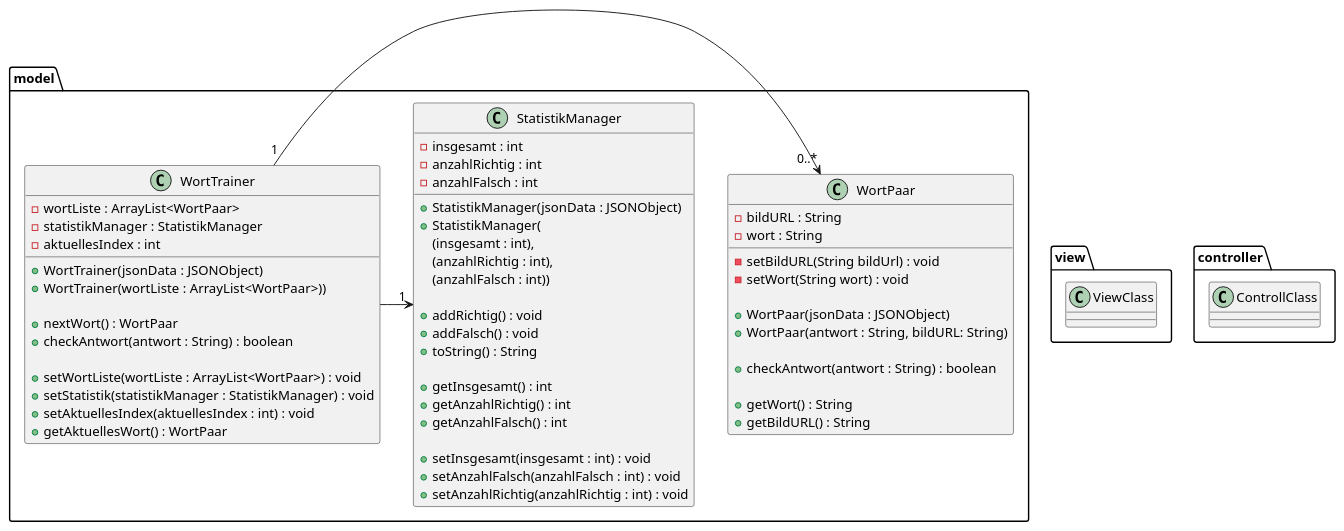
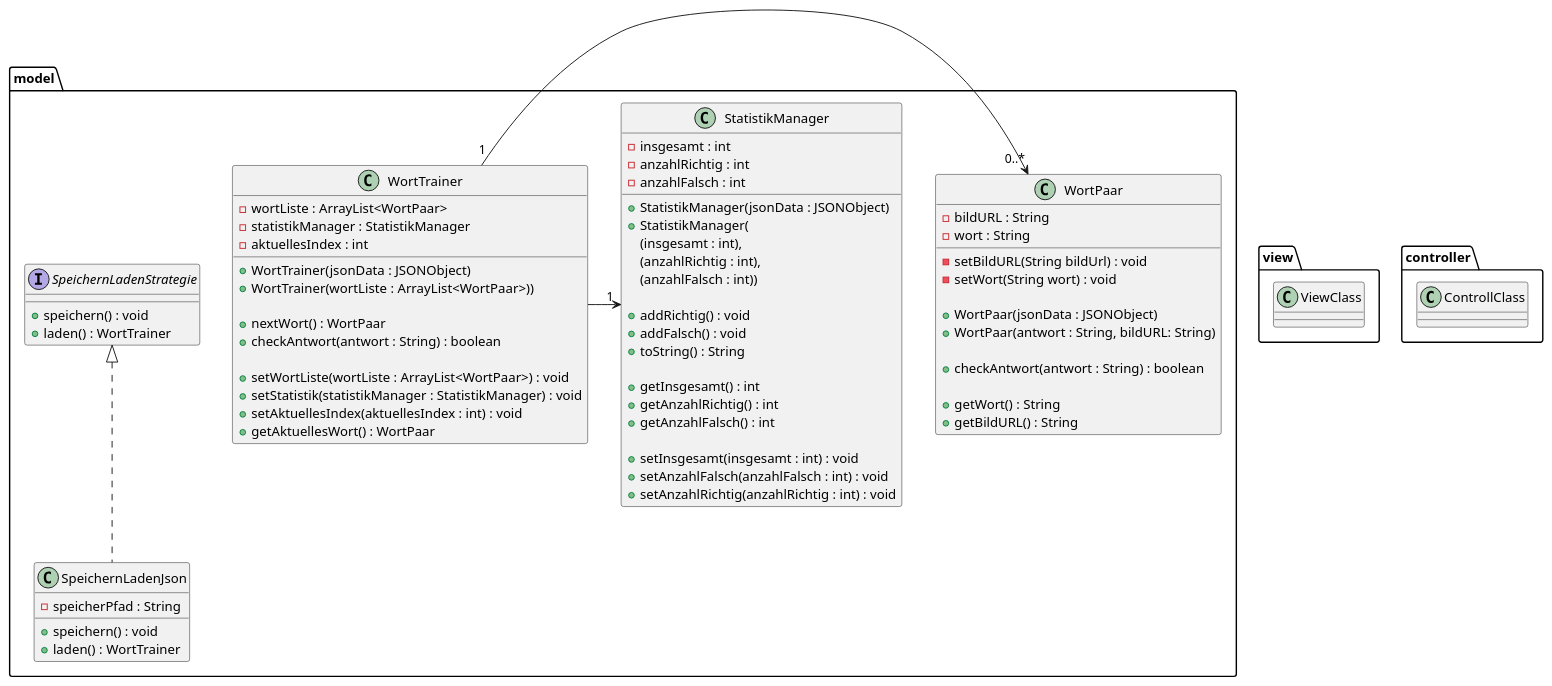
One commit to TGM-HIT/sew9-2425-worttrainer-aaabdulkarim changed the diagram in Worttrainer_UML.puml. Above: the diagram before and after it, drawn with PlantUML.

Commit message:
Design der Persistenz Funktion ausgearbeitet

```diff
--- a/Worttrainer_UML.puml
+++ b/Worttrainer_UML.puml
@@ -1,82 +1,93 @@
 @startuml
 'https://plantuml.com/class-diagram
 
 package model {
 
     class WortPaar {
         - bildURL : String
         - wort : String
 
         - setBildURL(String bildUrl) : void
         - setWort(String wort) : void
 
         + WortPaar(jsonData : JSONObject)
         + WortPaar(antwort : String, bildURL: String)
 
         + checkAntwort(antwort : String) : boolean
 
         + getWort() : String
         + getBildURL() : String
 
     }
 
     class WortTrainer {
         - wortListe : ArrayList<WortPaar>
         - statistikManager : StatistikManager
         - aktuellesIndex : int
 
         + WortTrainer(jsonData : JSONObject)
         + WortTrainer(wortListe : ArrayList<WortPaar>))
 
         + nextWort() : WortPaar
         + checkAntwort(antwort : String) : boolean
 
         + setWortListe(wortListe : ArrayList<WortPaar>) : void
         + setStatistik(statistikManager : StatistikManager) : void
         + setAktuellesIndex(aktuellesIndex : int) : void
         + getAktuellesWort() : WortPaar
     }
 
     class StatistikManager {
         - insgesamt : int
         - anzahlRichtig : int
         - anzahlFalsch : int
 
         + StatistikManager(jsonData : JSONObject)
         + StatistikManager(
         (insgesamt : int),
         (anzahlRichtig : int),
         (anzahlFalsch : int))
 
         + addRichtig() : void
         + addFalsch() : void
         + toString() : String
 
         + getInsgesamt() : int
         + getAnzahlRichtig() : int
         + getAnzahlFalsch() : int
 
         + setInsgesamt(insgesamt : int) : void
         + setAnzahlFalsch(anzahlFalsch : int) : void
         + setAnzahlRichtig(anzahlRichtig : int) : void
     }
+
+    interface SpeichernLadenStrategie{
+        + speichern() : void
+        + laden() : WortTrainer
+    }
+
+    class SpeichernLadenJson implements SpeichernLadenStrategie{
+        - speicherPfad : String
+        + speichern() : void
+        + laden() : WortTrainer
+    }
 }
 
 
 package view {
     class ViewClass {
     }
 }
 
 package controller {
     class ControllClass {
     }
 }
 
 
 
 
 WortTrainer "1" -> "0..*" WortPaar
 WortTrainer -> "1" StatistikManager
 
 @enduml
```
